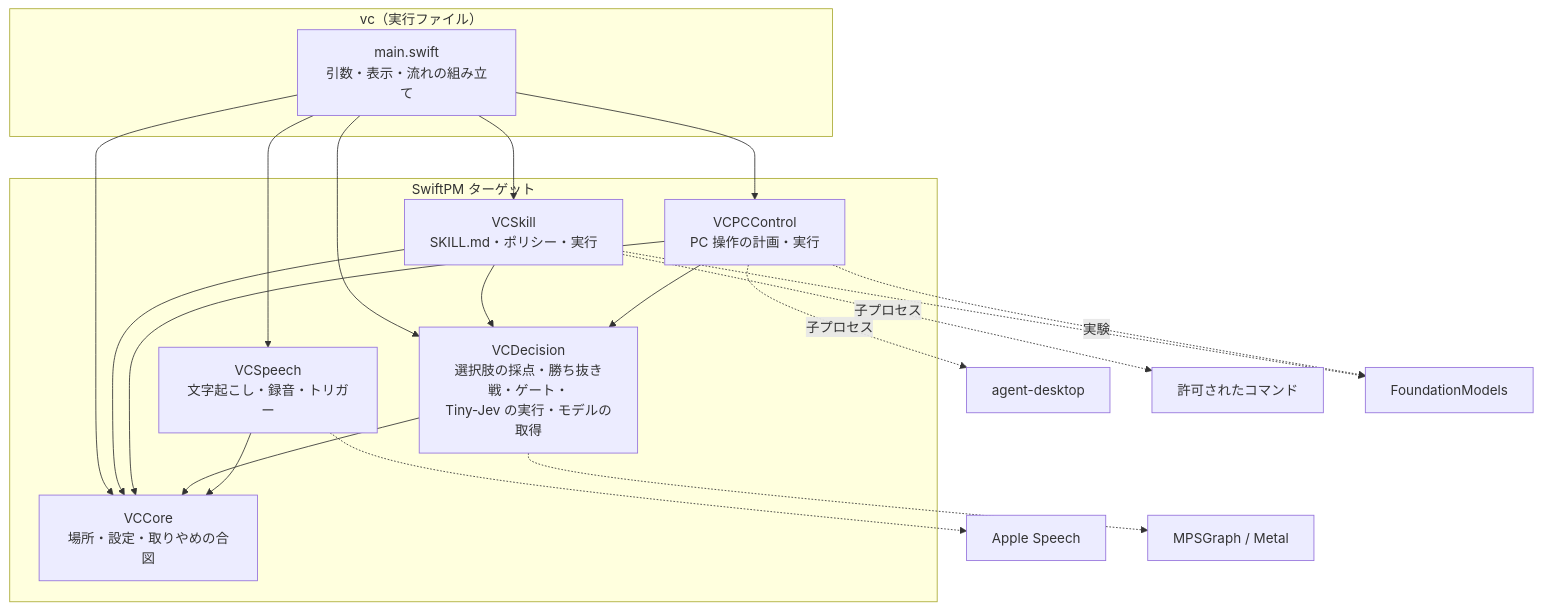
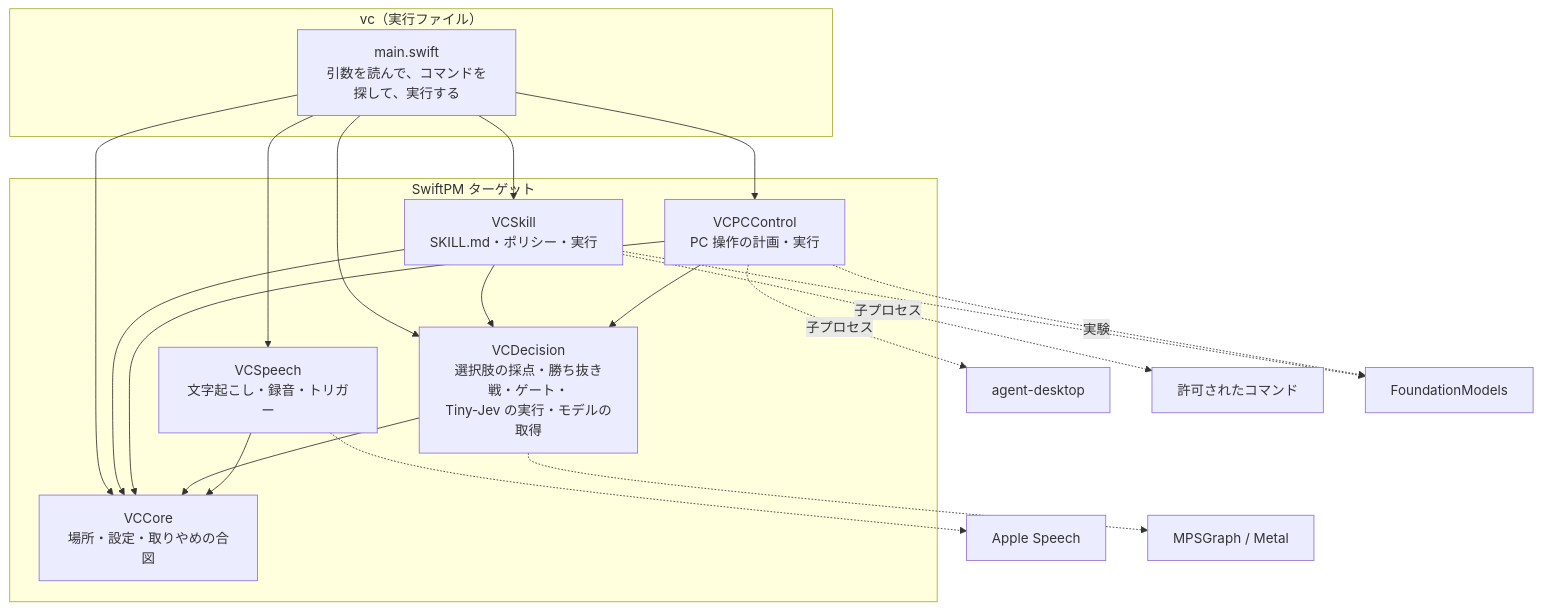
One commit to takemo101/voice-control changed the diagram in docs/architecture.md. Above: the diagram before and after it, drawn with Mermaid. The commit also changed other lines of this file and 3 other files, not shown here.

````diff
--- a/docs/architecture.md
+++ b/docs/architecture.md
@@ -7,26 +7,26 @@
 ```mermaid
 flowchart TB
     subgraph CLI[vc（実行ファイル）]
-        main[main.swift<br/>引数・表示・流れの組み立て]
+        main[main.swift<br/>引数を読んで、コマンドを探して、実行する]
     end
     subgraph Targets[SwiftPM ターゲット]
         Skill[VCSkill<br/>SKILL.md・ポリシー・実行]
         Action[VCPCControl<br/>PC 操作の計画・実行]
         Speech[VCSpeech<br/>文字起こし・録音・トリガー]
         Decision[VCDecision<br/>選択肢の採点・勝ち抜き戦・ゲート・<br/>Tiny-Jev の実行・モデルの取得]
         Core[VCCore<br/>場所・設定・取りやめの合図]
     end
     main --> Skill & Action & Speech & Decision & Core
     Skill --> Decision
     Skill --> Core
     Action --> Decision
     Action --> Core
     Decision --> Core
     Speech --> Core
     Action -.子プロセス.-> AD[agent-desktop]
     Skill -.子プロセス.-> CMD[許可されたコマンド]
     Skill -.-> FM[FoundationModels]
     Action -.実験.-> FM
     Speech -.-> AS[Apple Speech]
     Decision -.-> GPU[MPSGraph / Metal]
 ```
````
